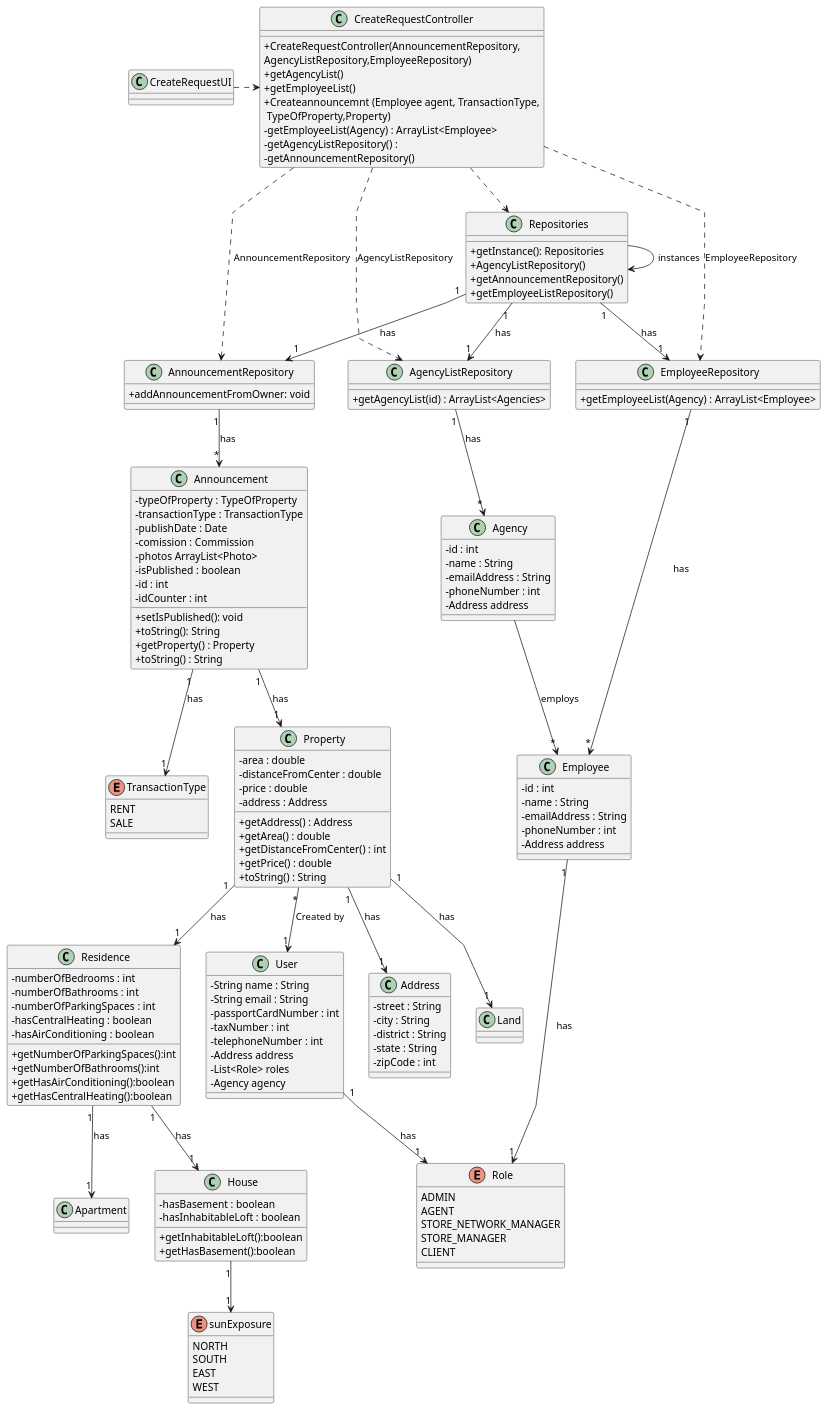
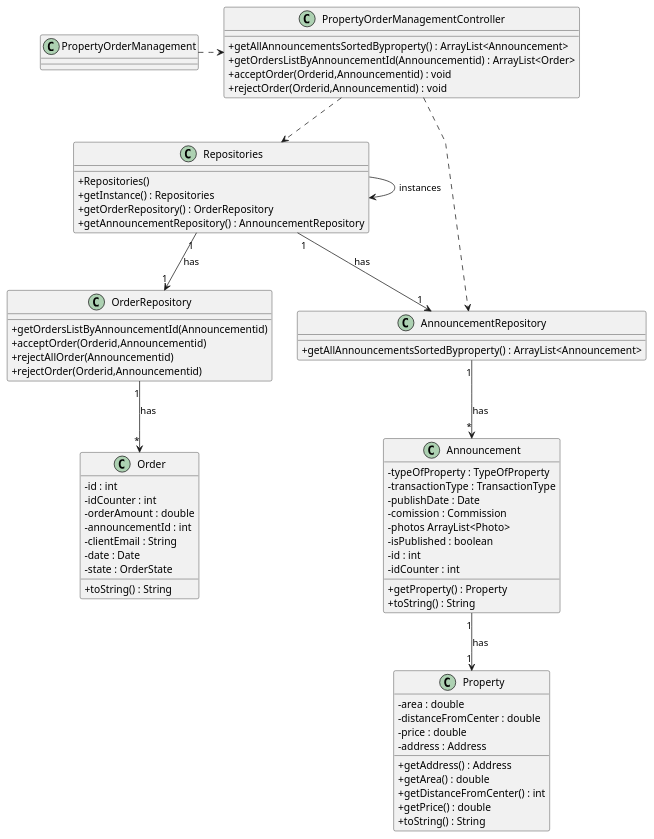
One commit to Goncalves2525/real-estate-management-system changed the diagram in docs/sprintC/us011/03.design/puml/us011-class-diagram.puml. Above: the diagram before and after it, drawn with PlantUML. The commit also changed other lines of this file and 3 other files, not shown here.

Commit message:
class diagram [US011] [update]

```diff
--- a/docs/sprintC/us011/03.design/puml/us011-class-diagram.puml
+++ b/docs/sprintC/us011/03.design/puml/us011-class-diagram.puml
@@ -2,72 +1,35 @@
 @startuml
 
-'skinparam monochrome true
-
 skinparam packageStyle rectangle
-
 skinparam shadowing false
-
 skinparam linetype polyline
-
-'skinparam linetype orto
-
-
 
 
 skinparam classAttributeIconSize 0
 
-
-class Announcement {
-+setIsPublished(): void
-+toString(): String
+class PropertyOrderManagementController {
+    +getAllAnnouncementsSortedByproperty() : ArrayList<Announcement>
+    +getOrdersListByAnnouncementId(Announcementid) : ArrayList<Order>
+    +acceptOrder(Orderid,Announcementid) : void
+    +rejectOrder(Orderid,Announcementid) : void
 }
 
-enum TransactionType {
-    RENT
-    SALE
+class Repositories {
+    +Repositories()
+    +getInstance() : Repositories
+    +getOrderRepository() : OrderRepository
+    +getAnnouncementRepository() : AnnouncementRepository
+
+}
+class AnnouncementRepository {
+    +getAllAnnouncementsSortedByproperty() : ArrayList<Announcement>
 }
 
-class AnnouncementRepository {
-+addAnnouncementFromOwner: void
-
-}
-
-class AgencyListRepository{
-+getAgencyList(id) : ArrayList<Agencies>
-
-}
-
-class EmployeeRepository{
-+getEmployeeList(Agency) : ArrayList<Employee>
-}
-
-
-
-
-class Repositories {
-+getInstance(): Repositories
-+AgencyListRepository()
-+getAnnouncementRepository()
-+getEmployeeListRepository()
-}
-
-
-
-
-class CreateRequestController {
-+CreateRequestController(AnnouncementRepository,\nAgencyListRepository,EmployeeRepository)
-+getAgencyList()
-+getEmployeeList()
-+Createannouncemnt (Employee agent, TransactionType,\n TypeOfProperty,Property)
--getEmployeeList(Agency) : ArrayList<Employee>
--getAgencyListRepository() :
--getAnnouncementRepository()
-}
-
-
-
-
-class CreateRequestUI {
+class OrderRepository{
+    +getOrdersListByAnnouncementId(Announcementid)
+    +acceptOrder(Orderid,Announcementid)
+    +rejectAllOrder(Announcementid)
+    +rejectOrder(Orderid,Announcementid)
 }
 
 class Property{
@@ -81,6 +43,7 @@
       + getPrice() : double
       + toString() : String
 }
+
 class Announcement {
    - typeOfProperty : TypeOfProperty
    - transactionType : TransactionType
@@ -94,112 +57,34 @@
    + toString() : String
 }
 
-class Residence {
-- numberOfBedrooms : int
-- numberOfBathrooms : int
-- numberOfParkingSpaces : int
-- hasCentralHeating : boolean
-- hasAirConditioning : boolean
-+getNumberOfParkingSpaces():int
-+getNumberOfBathrooms():int
-+getHasAirConditioning():boolean
-+getHasCentralHeating():boolean
+class Order{
+    -id : int
+    -idCounter : int
+    -orderAmount : double
+    -announcementId : int
+    -clientEmail : String
+    -date : Date
+    -state : OrderState
 
+    +toString() : String
 }
 
-enum sunExposure{
-NORTH
-SOUTH
-EAST
-WEST
-}
-class Land {
-}
-class Apartment {
-}
-class House {
-- hasBasement : boolean
-- hasInhabitableLoft : boolean
-+getInhabitableLoft():boolean
-+getHasBasement():boolean
-}
+Repositories -> Repositories : instances
 
-class Agency{
-- id : int
-- name : String
-- emailAddress : String
-- phoneNumber : int
-- Address address
-}
+PropertyOrderManagement .> PropertyOrderManagementController
 
-class Employee{
-- id : int
-- name : String
-- emailAddress : String
-- phoneNumber : int
-- Address address
-}
+PropertyOrderManagementController ..> Repositories
 
-enum Role{
-ADMIN
-AGENT
-STORE_NETWORK_MANAGER
-STORE_MANAGER
-CLIENT
-}
+Repositories "1" --> "1" AnnouncementRepository : has
 
-class User{
--String name : String
--String email : String
--passportCardNumber : int
--taxNumber : int
--telephoneNumber : int
--Address address
--List<Role> roles
--Agency agency
-}
+Repositories "1" --> "1" OrderRepository : has
 
-class Address{
--street : String
--city : String
--district : String
--state : String
--zipCode : int
-}
-
-
-
-CreateRequestUI .> CreateRequestController
-
-CreateRequestController ..> Repositories
-Repositories --> Repositories : instances
-Repositories "1" --> "1" AgencyListRepository : has
-Repositories "1" --> "1" AnnouncementRepository : has
-Repositories "1" --> "1" EmployeeRepository : has
-
-CreateRequestController ..> AnnouncementRepository : AnnouncementRepository
-CreateRequestController ..> AgencyListRepository : AgencyListRepository
-CreateRequestController ..> EmployeeRepository : EmployeeRepository
+PropertyOrderManagementController ..> AnnouncementRepository
 
 AnnouncementRepository "1" --> "*" Announcement : has
 
 Announcement "1" --> "1" Property : has
-Announcement "1" --> "1" TransactionType : has
 
-Property "1" --> "1" Residence : has
-Property "1" --> "1" Land : has
-Property "1" --> "1" Address : has
-Residence  "1" --> "1" Apartment : has
-Residence  "1" --> "1" House : has
-House "1" --> "1" sunExposure
+OrderRepository "1" --> "*" Order : has
 
-AgencyListRepository "1" --> "*" Agency : has
-
-EmployeeRepository "1" --> "*" Employee : has
-Employee "1" --> "1" Role : has
-User "1" --> "1" Role : has
-
-Agency --> "*" Employee : employs
-
-Property "*" --> "1" User : Created by
 @enduml
```
